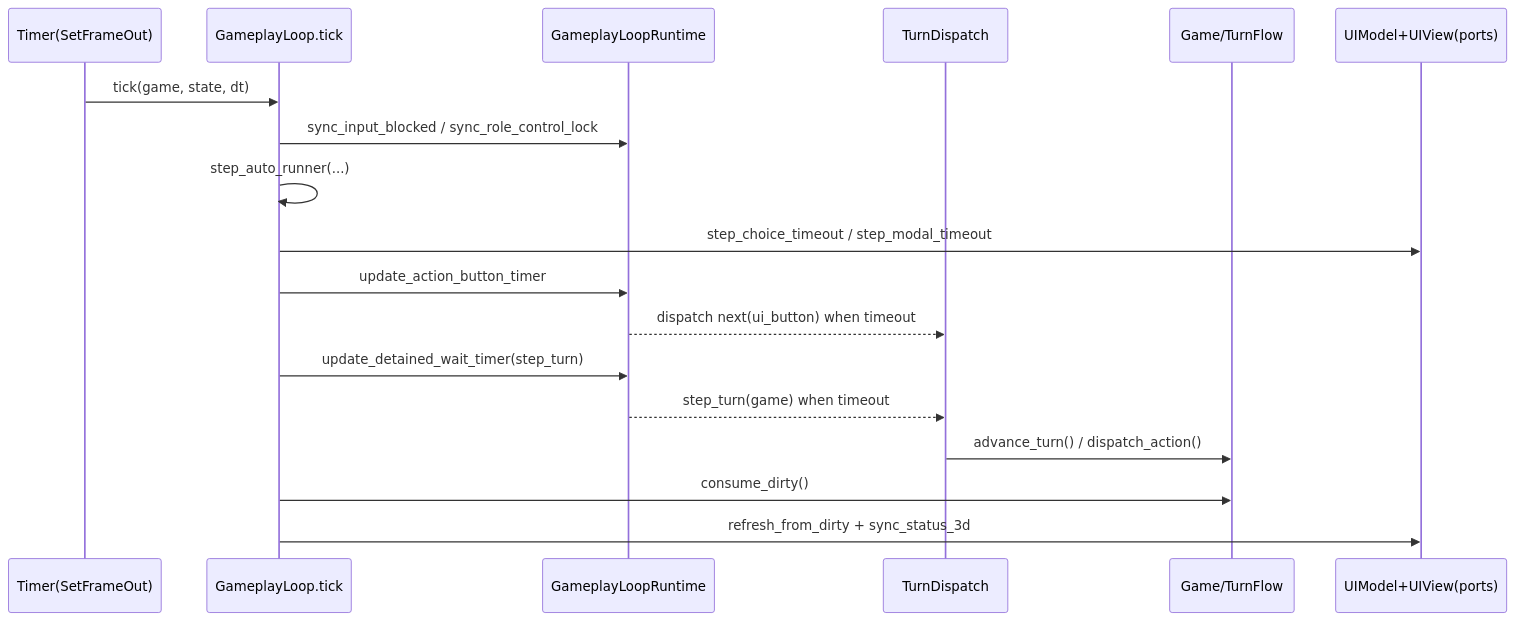
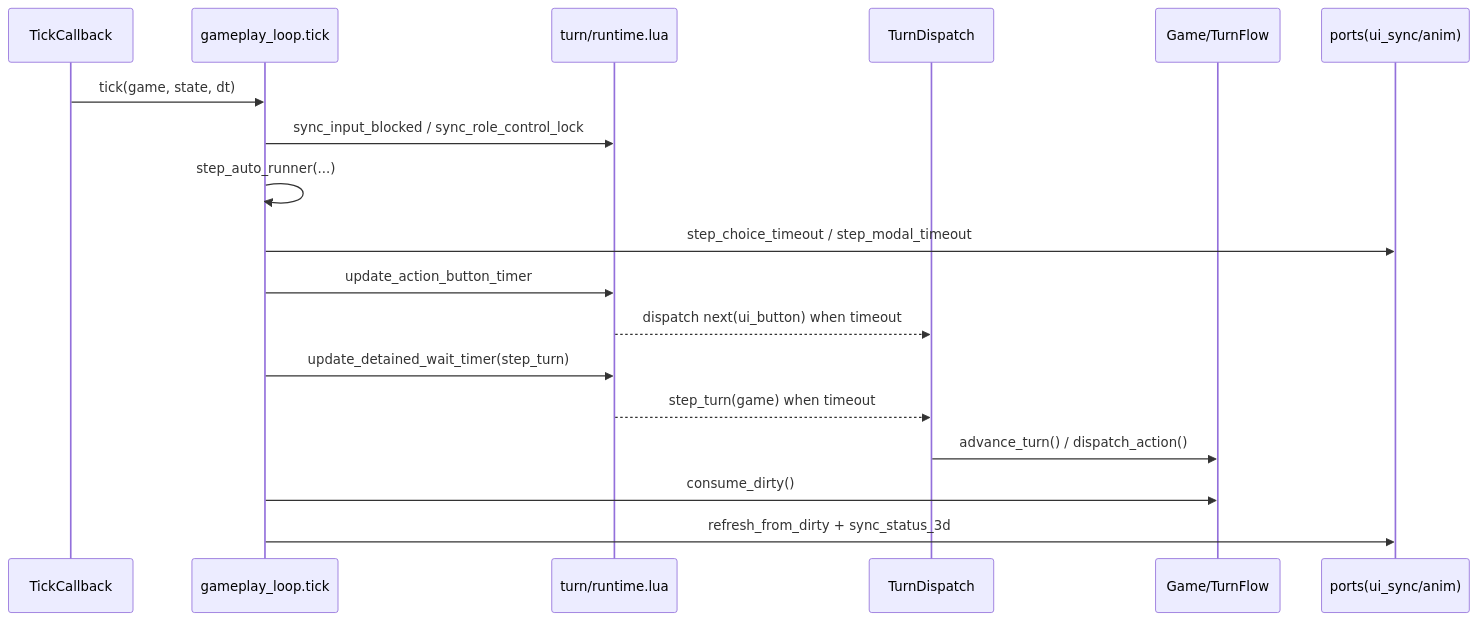
Before and after one commit to TLOBillyQ/monopoly: the third of 3 diagrams in README.md, drawn with Mermaid. The commit also changed other lines of this file and 1 other file, not shown here.

````diff
--- a/README.md
+++ b/README.md
@@ -91,21 +76,21 @@
 ```mermaid
 sequenceDiagram
-  participant T as Timer(SetFrameOut)
-  participant L as GameplayLoop.tick
-  participant R as GameplayLoopRuntime
+  participant T as TickCallback
+  participant L as gameplay_loop.tick
+  participant R as turn/runtime.lua
   participant D as TurnDispatch
   participant G as Game/TurnFlow
-  participant U as UIModel+UIView(ports)
+  participant U as ports(ui_sync/anim)
 
   T->>L: tick(game, state, dt)
   L->>R: sync_input_blocked / sync_role_control_lock
   L->>L: step_auto_runner(...)
   L->>U: step_choice_timeout / step_modal_timeout
   L->>R: update_action_button_timer
   R-->>D: dispatch next(ui_button) when timeout
   L->>R: update_detained_wait_timer(step_turn)
   R-->>D: step_turn(game) when timeout
   D->>G: advance_turn() / dispatch_action()
   L->>G: consume_dirty()
   L->>U: refresh_from_dirty + sync_status_3d
 ```
````
